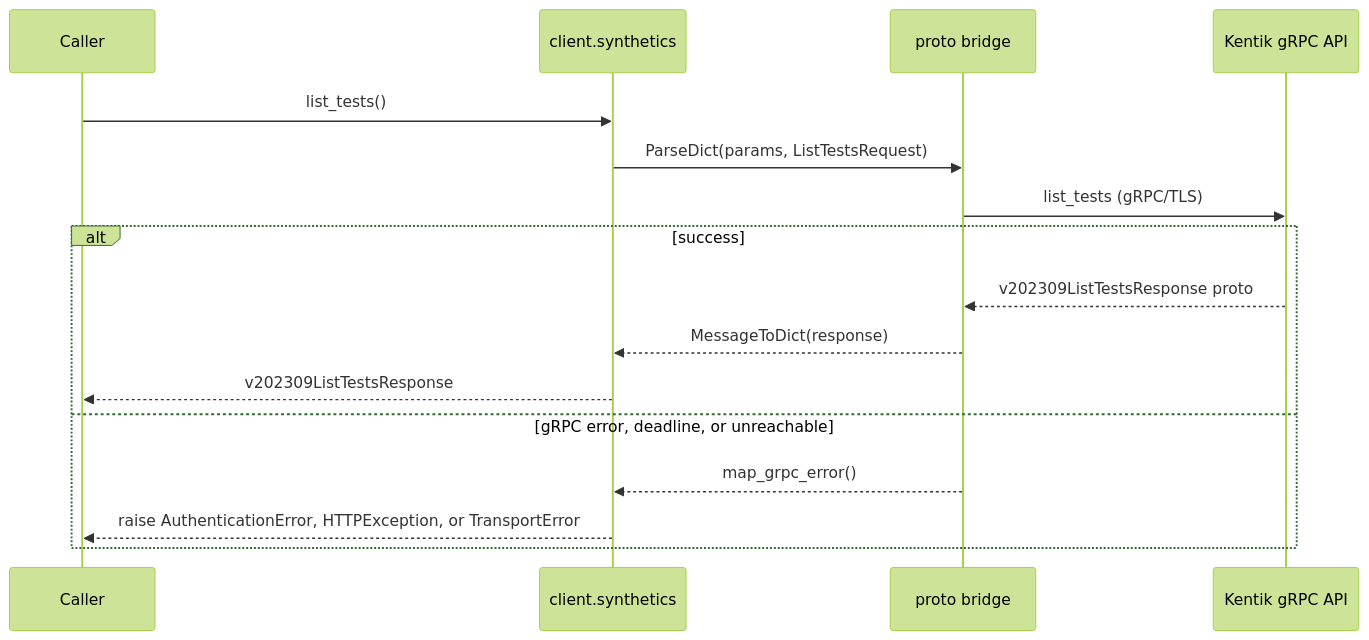
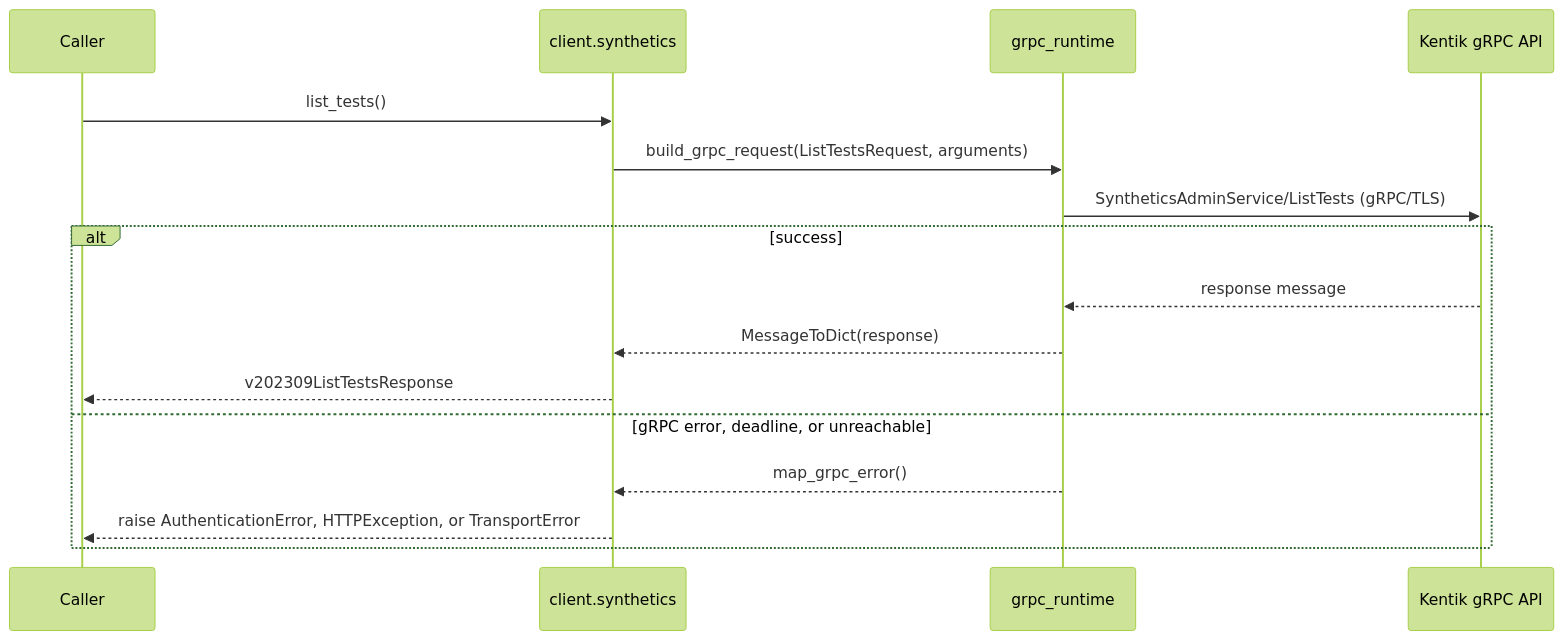
Before and after one commit to alexdearaujo/community_sdk_python: diagram 21 of 38 in docs/sphinx/services/synthetics.md, drawn with Mermaid (forest theme). The commit also changed other lines of this file and 37 other files, not shown here.

First line of the commit message:
docs: show the real RPC in each service page's gRPC diagram

````diff
--- a/docs/sphinx/services/synthetics.md
+++ b/docs/sphinx/services/synthetics.md
@@ -739,19 +739,19 @@
 ```mermaid
 sequenceDiagram
     participant C as Caller
     participant W as client.synthetics
-    participant B as proto bridge
+    participant R as grpc_runtime
     participant API as Kentik gRPC API
 
     C->>W: list_tests()
-    W->>B: ParseDict(params, ListTestsRequest)
-    B->>API: list_tests (gRPC/TLS)
+    W->>R: build_grpc_request(ListTestsRequest, arguments)
+    R->>API: SyntheticsAdminService/ListTests (gRPC/TLS)
     alt success
-        API-->>B: v202309ListTestsResponse proto
-        B-->>W: MessageToDict(response)
+        API-->>R: response message
+        R-->>W: MessageToDict(response)
         W-->>C: v202309ListTestsResponse
     else gRPC error, deadline, or unreachable
-        B-->>W: map_grpc_error()
+        R-->>W: map_grpc_error()
         W-->>C: raise AuthenticationError, HTTPException, or TransportError
     end
 ```
````
